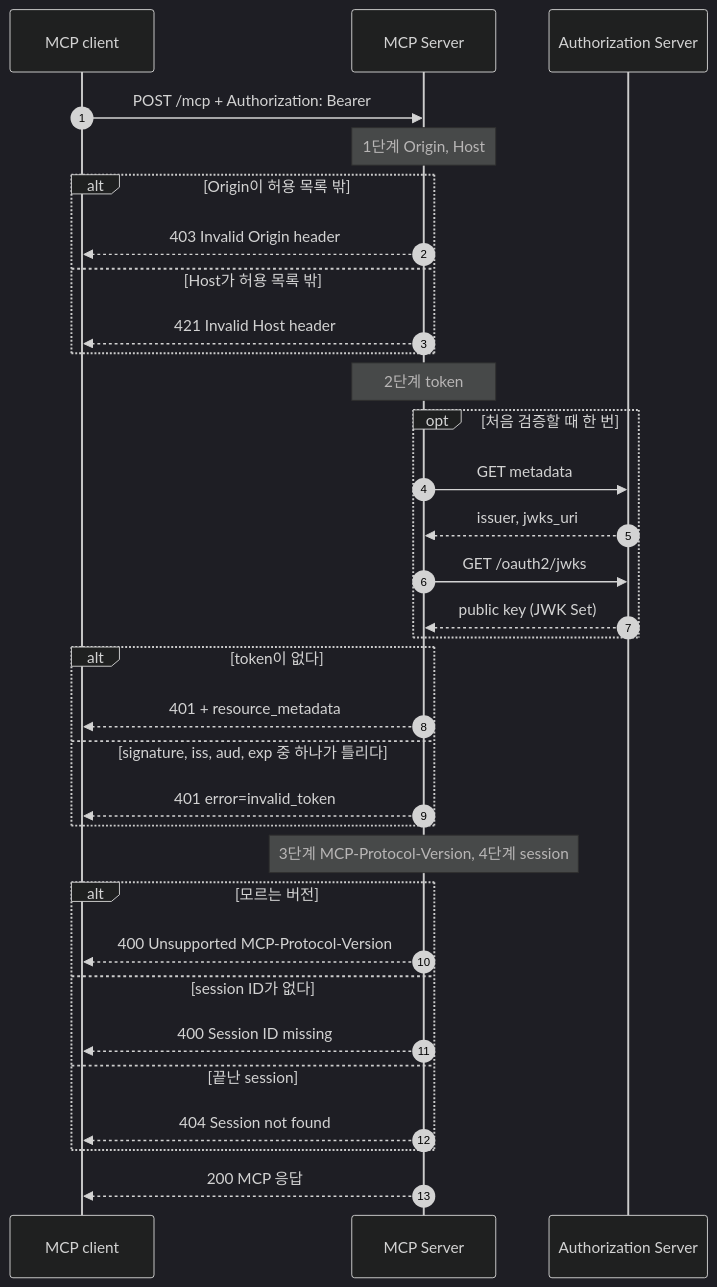
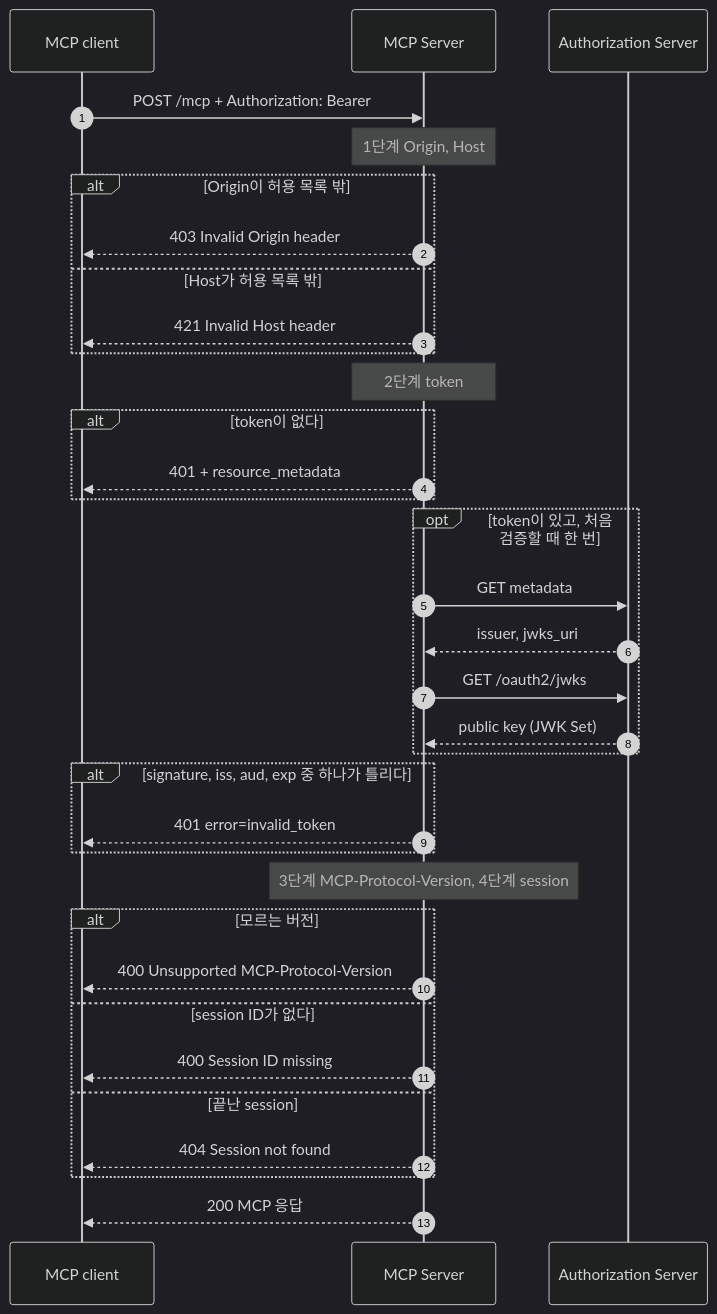
The first of 2 diagrams in practice/mcp-guide/06-mcp-call-and-validation.md (starryeye/spring-ai), drawn with Mermaid (dark theme) before and after one commit. The commit also changed other lines of this file and 2 other files, not shown here.

````diff
--- a/practice/mcp-guide/06-mcp-call-and-validation.md
+++ b/practice/mcp-guide/06-mcp-call-and-validation.md
@@ -54,35 +55,36 @@
 ```mermaid
 sequenceDiagram
     autonumber
     participant C as MCP client
     participant M as MCP Server
     participant A as Authorization Server
     C->>M: POST /mcp + Authorization: Bearer
     Note over M: 1단계 Origin, Host
     alt Origin이 허용 목록 밖
         M-->>C: 403 Invalid Origin header
     else Host가 허용 목록 밖
         M-->>C: 421 Invalid Host header
     end
     Note over M: 2단계 token
-    opt 처음 검증할 때 한 번
+    alt token이 없다
+        M-->>C: 401 + resource_metadata
+    end
+    opt token이 있고, 처음 검증할 때 한 번
         M->>A: GET metadata
         A-->>M: issuer, jwks_uri
         M->>A: GET /oauth2/jwks
         A-->>M: public key (JWK Set)
     end
-    alt token이 없다
-        M-->>C: 401 + resource_metadata
-    else signature, iss, aud, exp 중 하나가 틀리다
+    alt signature, iss, aud, exp 중 하나가 틀리다
         M-->>C: 401 error=invalid_token
     end
     Note over M: 3단계 MCP-Protocol-Version, 4단계 session
     alt 모르는 버전
         M-->>C: 400 Unsupported MCP-Protocol-Version
     else session ID가 없다
         M-->>C: 400 Session ID missing
     else 끝난 session
         M-->>C: 404 Session not found
     end
     M-->>C: 200 MCP 응답
 ```
````
